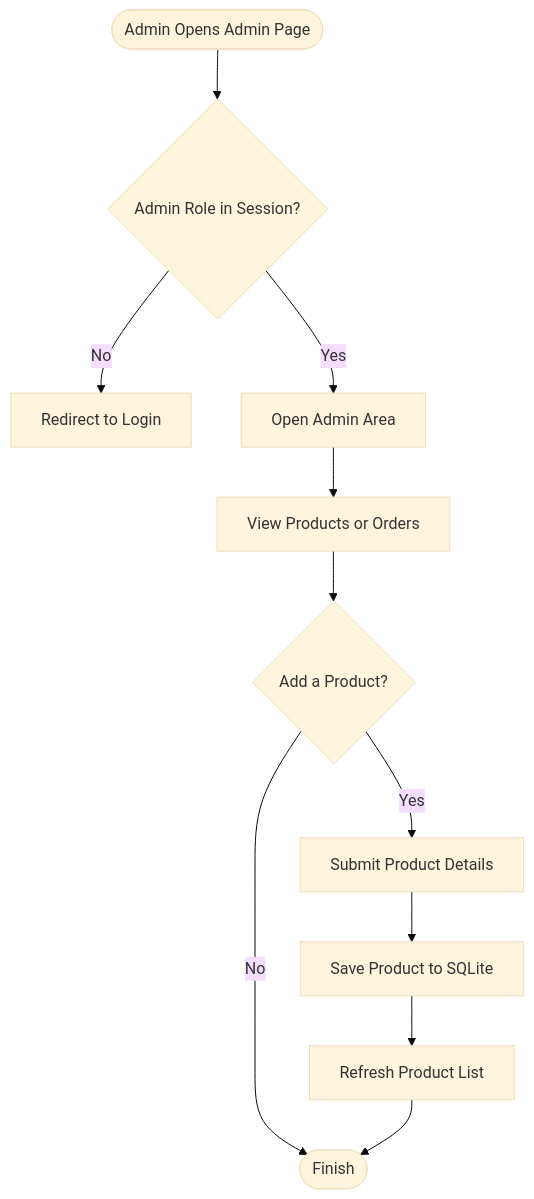
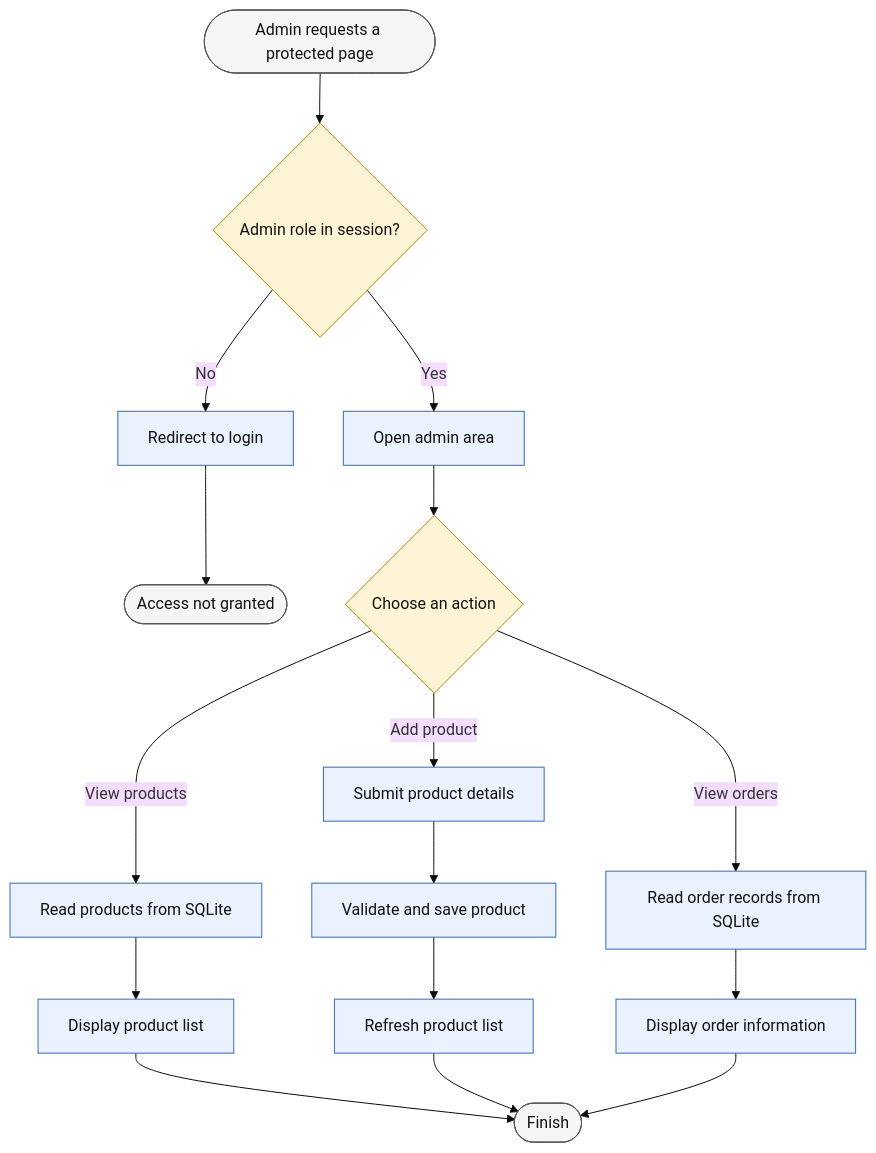
One commit to jahnavichopparapu77-bot/Online-Product-Catalogue-Order-System changed the third of 4 diagrams in README.md. Above: the diagram before and after it, drawn with Mermaid (base theme). The commit also changed other lines of this file, not shown here.

````diff
--- a/README.md
+++ b/README.md
@@ -148,13 +162,25 @@
-``` mermaid
+```mermaid
 flowchart TD
-    A([Admin Opens Admin Page]) --> B{Admin Role in Session?}
-    B -- No --> C[Redirect to Login]
-    B -- Yes --> D[Open Admin Area]
-    D --> E[View Products or Orders]
-    E --> F{Add a Product?}
-    F -- Yes --> G[Submit Product Details]
-    G --> H[Save Product to SQLite]
-    H --> I[Refresh Product List]
-    F -- No --> J([Finish])
-    I --> J
+    A(["Admin requests a protected page"]) --> B{"Admin role in session?"}
+    B -->|No| C["Redirect to login"]
+    C --> D(["Access not granted"])
+    B -->|Yes| E["Open admin area"]
+    E --> F{"Choose an action"}
+    F -->|View products| G["Read products from SQLite"]
+    G --> H["Display product list"]
+    F -->|Add product| I["Submit product details"]
+    I --> J["Validate and save product"]
+    J --> K["Refresh product list"]
+    F -->|View orders| L["Read order records from SQLite"]
+    L --> M["Display order information"]
+    H --> N(["Finish"])
+    K --> N
+    M --> N
+
+    classDef startend fill:#f5f5f5,stroke:#555,color:#111
+    classDef action fill:#eaf2ff,stroke:#356ac3,color:#111
+    classDef decision fill:#fff4d6,stroke:#b8860b,color:#111
+    class A,D,N startend
+    class C,E,G,H,I,J,K,L,M action
+    class B,F decision
 ```
````
